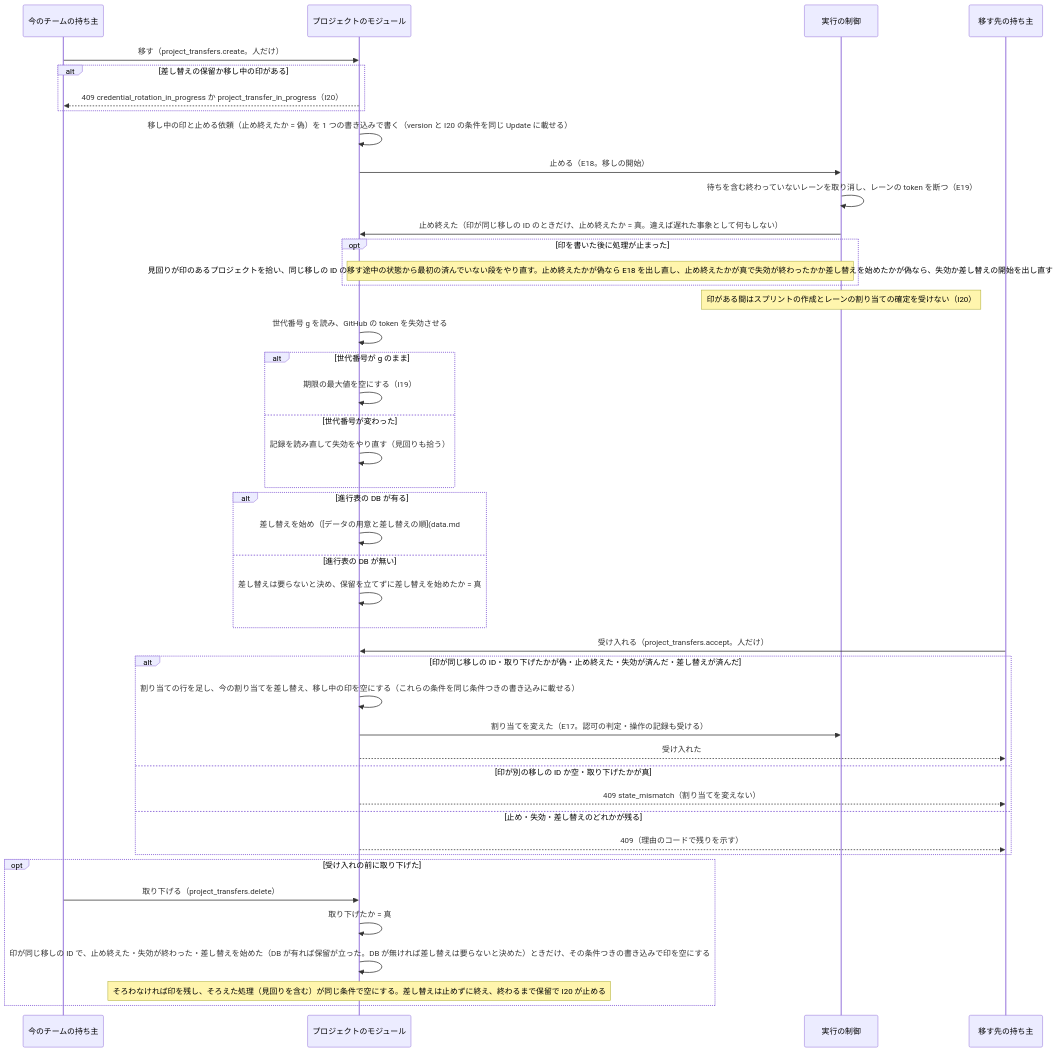
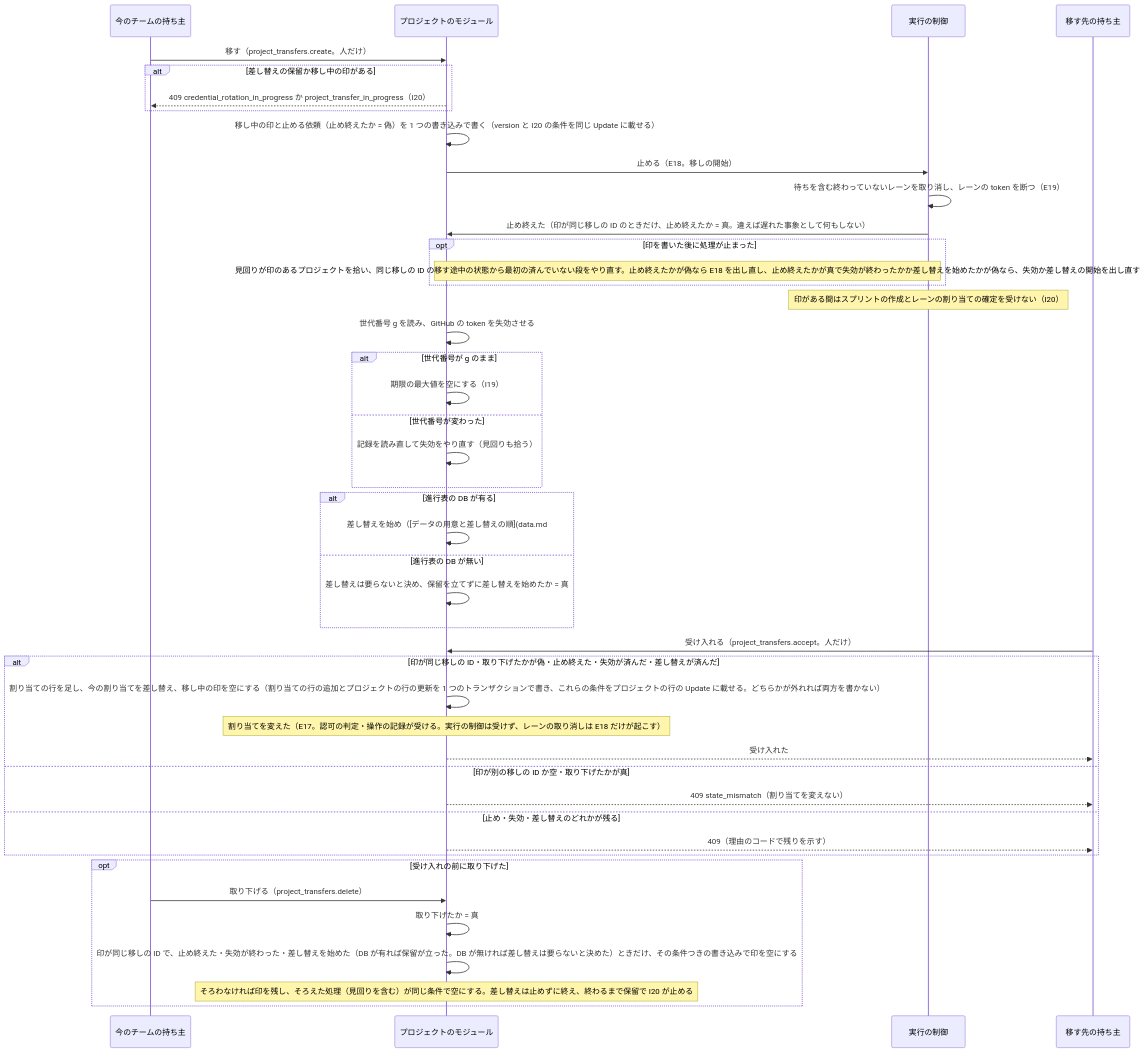
The diagram in docs/design/overview.md (devbasex/nd-factory), drawn with Mermaid before and after one commit. The commit also changed other lines of this file and 3 other files, not shown here.

````diff
--- a/docs/design/overview.md
+++ b/docs/design/overview.md
@@ -235,46 +235,46 @@
 ```mermaid
 sequenceDiagram
     participant O as 今のチームの持ち主
     participant P as プロジェクトのモジュール
     participant X as 実行の制御
     participant T as 移す先の持ち主
     O->>P: 移す（project_transfers.create。人だけ）
     alt 差し替えの保留か移し中の印がある
         P-->>O: 409 credential_rotation_in_progress か project_transfer_in_progress（I20）
     end
     P->>P: 移し中の印と止める依頼（止め終えたか = 偽）を 1 つの書き込みで書く（version と I20 の条件を同じ Update に載せる）
     P->>X: 止める（E18。移しの開始）
     X->>X: 待ちを含む終わっていないレーンを取り消し、レーンの token を断つ（E19）
     X->>P: 止め終えた（印が同じ移しの ID のときだけ、止め終えたか = 真。違えば遅れた事象として何もしない）
     opt 印を書いた後に処理が止まった
         Note over P,X: 見回りが印のあるプロジェクトを拾い、同じ移しの ID の移す途中の状態から最初の済んでいない段をやり直す。止め終えたかが偽なら E18 を出し直し、止め終えたかが真で失効が終わったかか差し替えを始めたかが偽なら、失効か差し替えの開始を出し直す
     end
     Note over X: 印がある間はスプリントの作成とレーンの割り当ての確定を受けない（I20）
     P->>P: 世代番号 g を読み、GitHub の token を失効させる
     alt 世代番号が g のまま
         P->>P: 期限の最大値を空にする（I19）
     else 世代番号が変わった
         P->>P: 記録を読み直して失効をやり直す（見回りも拾う）
     end
     alt 進行表の DB が有る
         P->>P: 差し替えを始め（[データの用意と差し替えの順](data.md#用意と差し替えの順)。保留を立てる）、同じ書き込みで差し替えを始めたか = 真
     else 進行表の DB が無い
         P->>P: 差し替えは要らないと決め、保留を立てずに差し替えを始めたか = 真
     end
     T->>P: 受け入れる（project_transfers.accept。人だけ）
     alt 印が同じ移しの ID・取り下げたかが偽・止め終えた・失効が済んだ・差し替えが済んだ
-        P->>P: 割り当ての行を足し、今の割り当てを差し替え、移し中の印を空にする（これらの条件を同じ条件つきの書き込みに載せる）
-        P->>X: 割り当てを変えた（E17。認可の判定・操作の記録も受ける）
+        P->>P: 割り当ての行を足し、今の割り当てを差し替え、移し中の印を空にする（割り当ての行の追加とプロジェクトの行の更新を 1 つのトランザクションで書き、これらの条件をプロジェクトの行の Update に載せる。どちらかが外れれば両方を書かない）
+        Note over P: 割り当てを変えた（E17。認可の判定・操作の記録が受ける。実行の制御は受けず、レーンの取り消しは E18 だけが起こす）
         P-->>T: 受け入れた
     else 印が別の移しの ID か空・取り下げたかが真
         P-->>T: 409 state_mismatch（割り当てを変えない）
     else 止め・失効・差し替えのどれかが残る
         P-->>T: 409（理由のコードで残りを示す）
     end
     opt 受け入れの前に取り下げた
         O->>P: 取り下げる（project_transfers.delete）
         P->>P: 取り下げたか = 真
         P->>P: 印が同じ移しの ID で、止め終えた・失効が終わった・差し替えを始めた（DB が有れば保留が立った。DB が無ければ差し替えは要らないと決めた）ときだけ、その条件つきの書き込みで印を空にする
         Note over P: そろわなければ印を残し、そろえた処理（見回りを含む）が同じ条件で空にする。差し替えは止めずに終え、終わるまで保留で I20 が止める
     end
 ```
````
